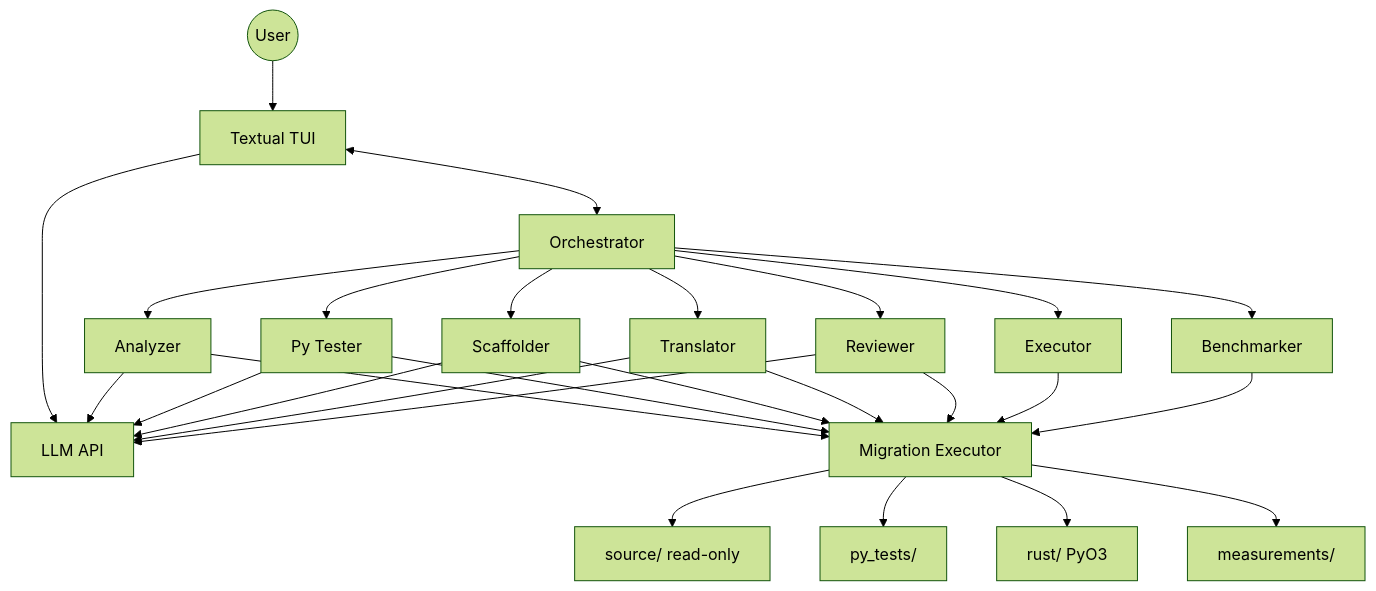
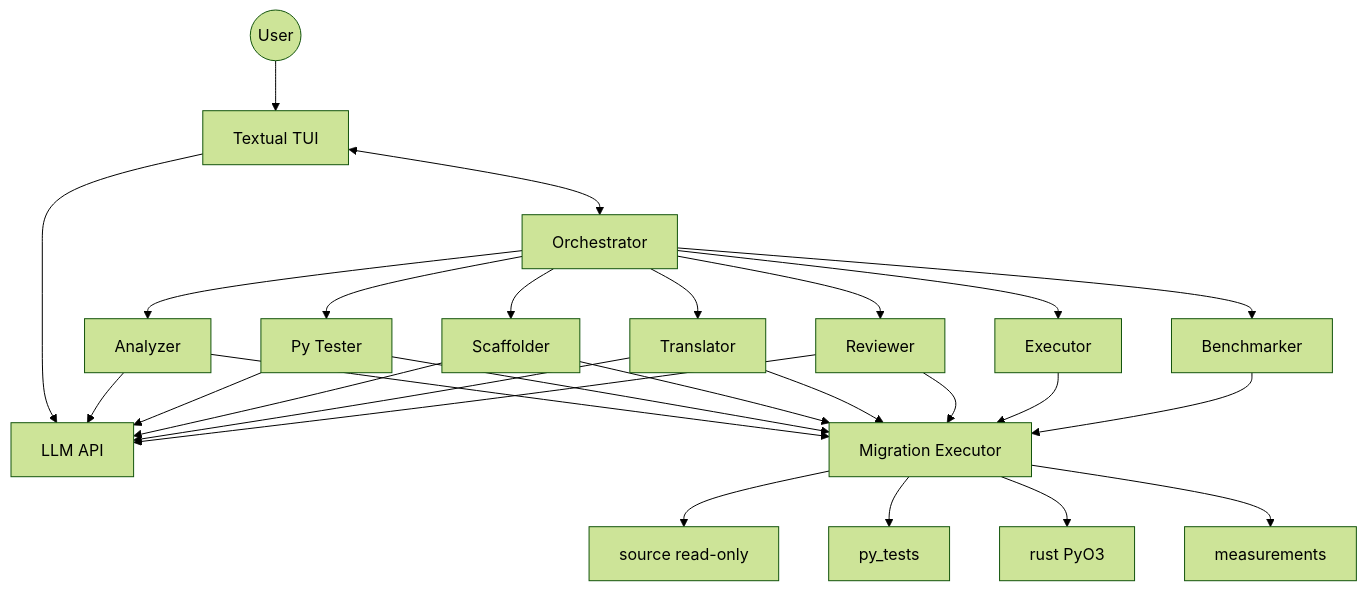
Before and after one commit to Haaparanta/AaltoAI-Ai-For-Good: the first of 11 diagrams in README.md, drawn with Mermaid (forest theme). The commit also changed other lines of this file and 4 other files, not shown here.

````diff
--- a/README.md
+++ b/README.md
@@ -7,33 +7,33 @@
 ```mermaid
 flowchart TB
     User((User)) --> TUI[Textual TUI]
     TUI --> LLM[LLM API]
     TUI <--> Orch[Orchestrator]
 
     Orch --> Analyzer
     Orch --> PyTester[Py Tester]
     Orch --> Scaffolder
     Orch --> Translator
     Orch --> Reviewer
     Orch --> Exec[Executor]
     Orch --> Bench[Benchmarker]
 
     Analyzer --> LLM
     PyTester --> LLM
     Scaffolder --> LLM
     Translator --> LLM
     Reviewer --> LLM
 
     Analyzer --> ME[Migration Executor]
     PyTester --> ME
     Scaffolder --> ME
     Translator --> ME
     Reviewer --> ME
     Exec --> ME
     Bench --> ME
 
-    ME --> Source[source/ read-only]
-    ME --> Py[py_tests/]
-    ME --> Ru[rust/ PyO3]
-    ME --> Meas[measurements/]
+    ME --> Source["source read-only"]
+    ME --> Py[py_tests]
+    ME --> Ru["rust PyO3"]
+    ME --> Meas[measurements]
 ```
````
